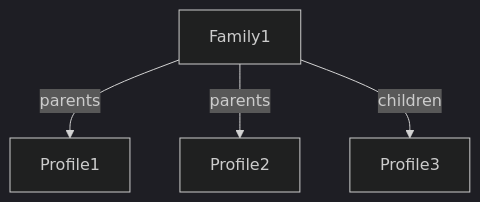
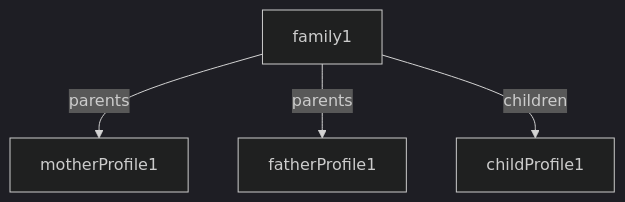
Before and after one commit to Ekmansoft/family-tree-model: the first of 2 diagrams in README.md, drawn with Mermaid (dark theme). The commit also changed other lines of this file, not shown here.

````diff
--- a/README.md
+++ b/README.md
@@ -49,6 +55,6 @@
-::: mermaid
+``` mermaid
   graph TD;
-      Family1-->|parents|Profile1;
-      Family1-->|parents|Profile2;
-      Family1-->|children|Profile3;
-:::
+      family1-->|parents|motherProfile1;
+      family1-->|parents|fatherProfile1;
+      family1-->|children|childProfile1;
+```
````
